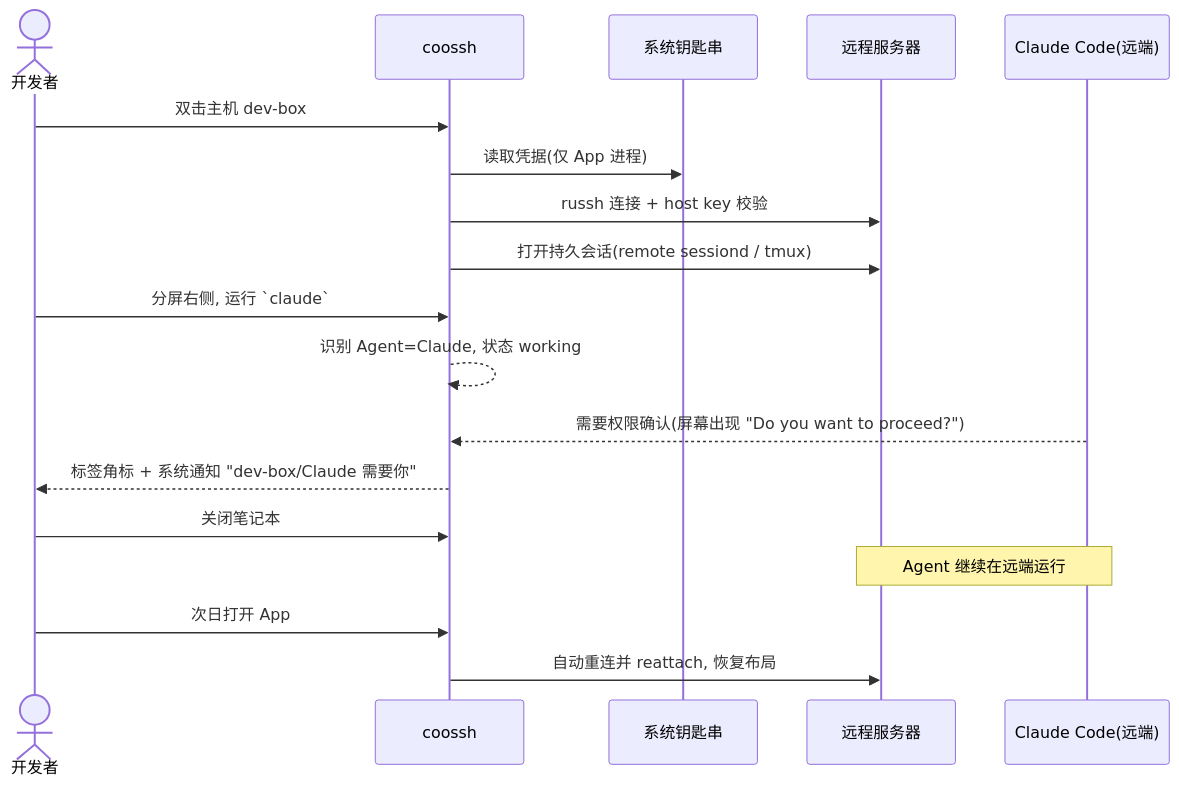
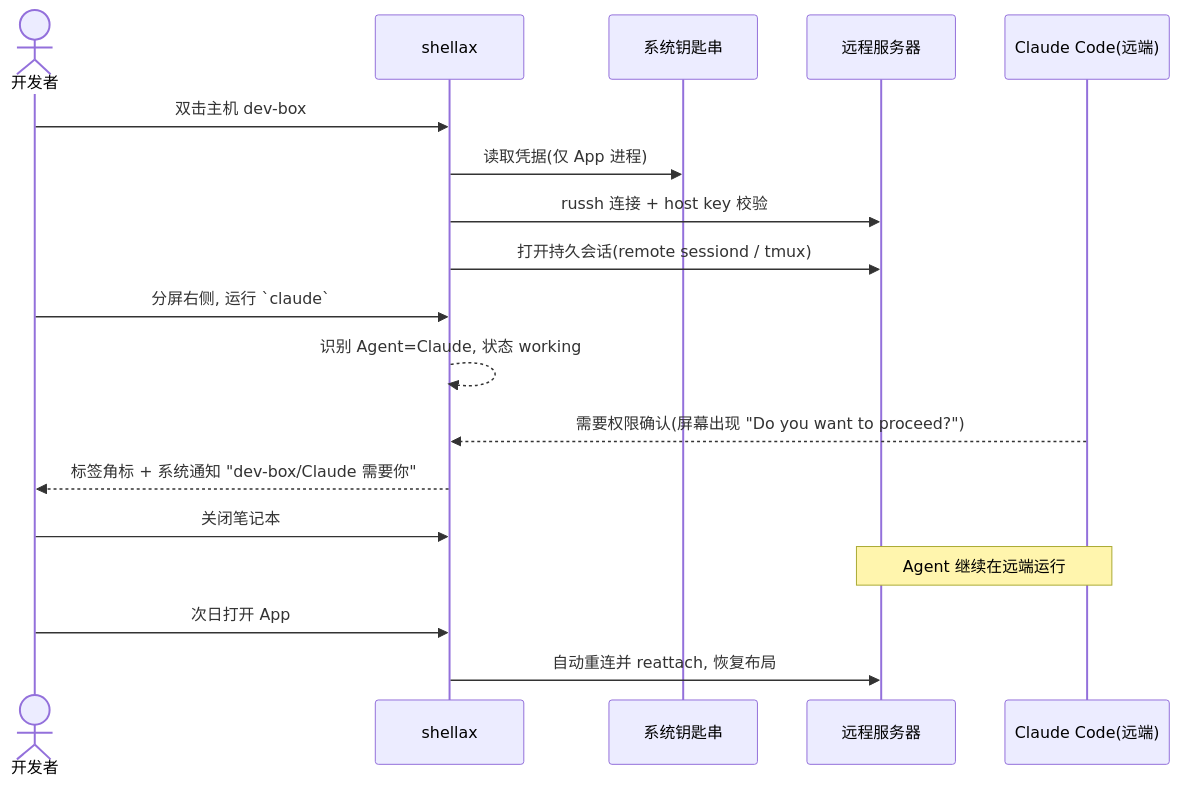
The first of 8 diagrams in docs/PRD.md (daxiangme/ShellAX), drawn with Mermaid before and after one commit. The commit also changed other lines of this file and 60 other files, not shown here.

Commit message:
Rename product coossh -> ShellAX (binaries shellax/shellax-cli, SHELLAX_ env, ShellAX dirs with coossh/AgentShell migration, keychain + hook legacy names, docs)

````diff
--- a/docs/PRD.md
+++ b/docs/PRD.md
@@ -77,20 +77,20 @@
 ```mermaid
 sequenceDiagram
     actor Dev as 开发者
-    participant App as coossh
+    participant App as shellax
     participant KC as 系统钥匙串
     participant Srv as 远程服务器
     participant CC as Claude Code(远端)
     Dev->>App: 双击主机 dev-box
     App->>KC: 读取凭据(仅 App 进程)
     App->>Srv: russh 连接 + host key 校验
     App->>Srv: 打开持久会话(remote sessiond / tmux)
     Dev->>App: 分屏右侧, 运行 `claude`
     App-->>App: 识别 Agent=Claude, 状态 working
     CC-->>App: 需要权限确认(屏幕出现 "Do you want to proceed?")
     App-->>Dev: 标签角标 + 系统通知 "dev-box/Claude 需要你"
     Dev->>App: 关闭笔记本
     Note over Srv,CC: Agent 继续在远端运行
     Dev->>App: 次日打开 App
     App->>Srv: 自动重连并 reattach, 恢复布局
 ```
````
